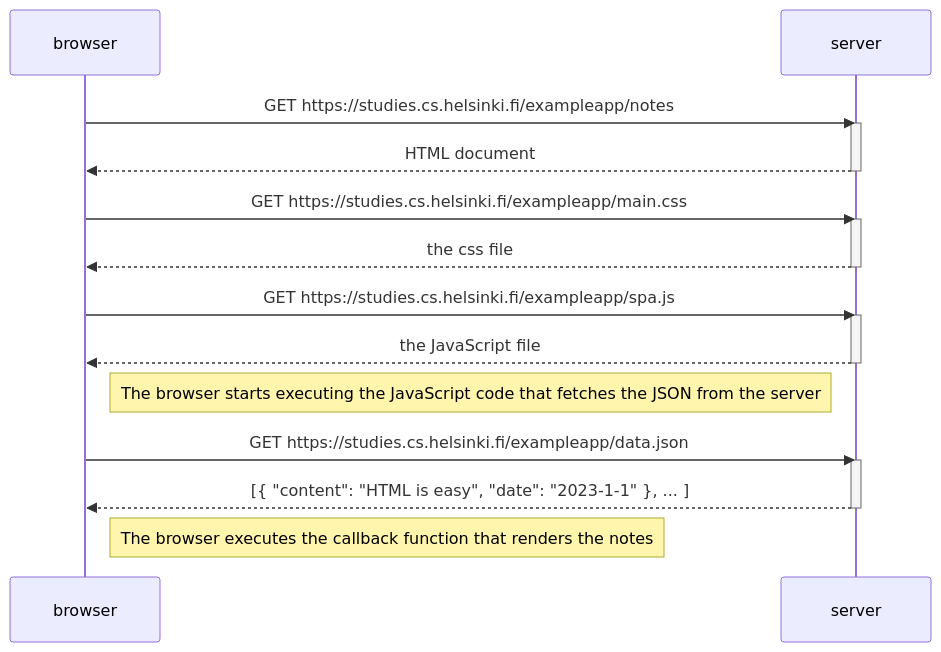
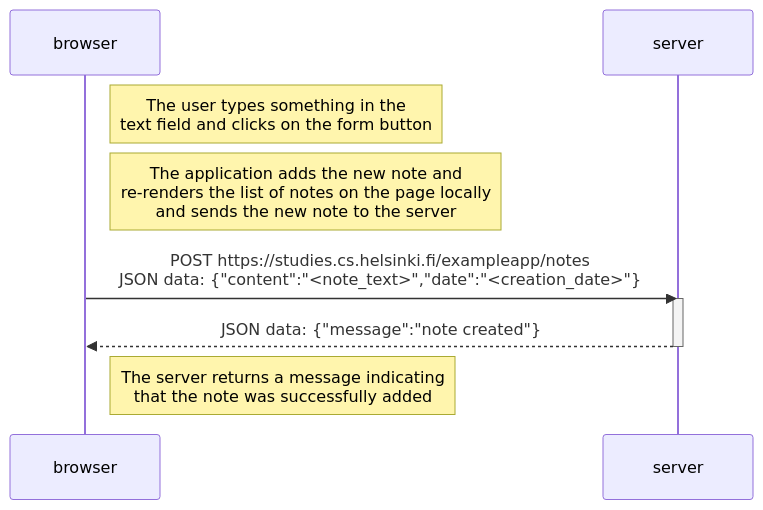
The diagram in fullstackopen_ej0.6.md (Dennis-Villa/Fullstackopen.part0), drawn with Mermaid before and after one commit.

Commit message:
añadido el ej0.6

````diff
--- a/fullstackopen_ej0.6.md
+++ b/fullstackopen_ej0.6.md
@@ -1,29 +1,17 @@
 ```mermaid
 sequenceDiagram
     participant browser
     participant server
 
-    browser->>server: GET https://studies.cs.helsinki.fi/exampleapp/notes
+    Note right of browser: The user types something in the <br/>text field and clicks on the form button
+
+    Note right of browser: The application adds the new note and <br/>re-renders the list of notes on the page locally <br/>and sends the new note to the server
+
+    browser->>server: POST https://studies.cs.helsinki.fi/exampleapp/notes <br/> JSON data: {"content":"<note_text>","date":"<creation_date>"}
     activate server
-    server-->>browser: HTML document
+    server-->>browser: JSON data: {"message":"note created"}
     deactivate server
 
-    browser->>server: GET https://studies.cs.helsinki.fi/exampleapp/main.css
-    activate server
-    server-->>browser: the css file
-    deactivate server
+    Note right of browser: The server returns a message indicating <br/>that the note was successfully added
 
-    browser->>server: GET https://studies.cs.helsinki.fi/exampleapp/spa.js
-    activate server
-    server-->>browser: the JavaScript file
-    deactivate server
-
-    Note right of browser: The browser starts executing the JavaScript code that fetches the JSON from the server
-
-    browser->>server: GET https://studies.cs.helsinki.fi/exampleapp/data.json
-    activate server
-    server-->>browser: [{ "content": "HTML is easy", "date": "2023-1-1" }, ... ]
-    deactivate server
-
-    Note right of browser: The browser executes the callback function that renders the notes
 ```
````
